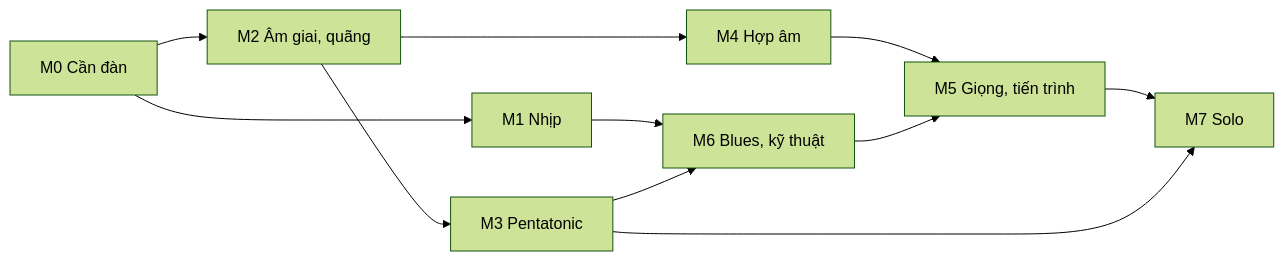
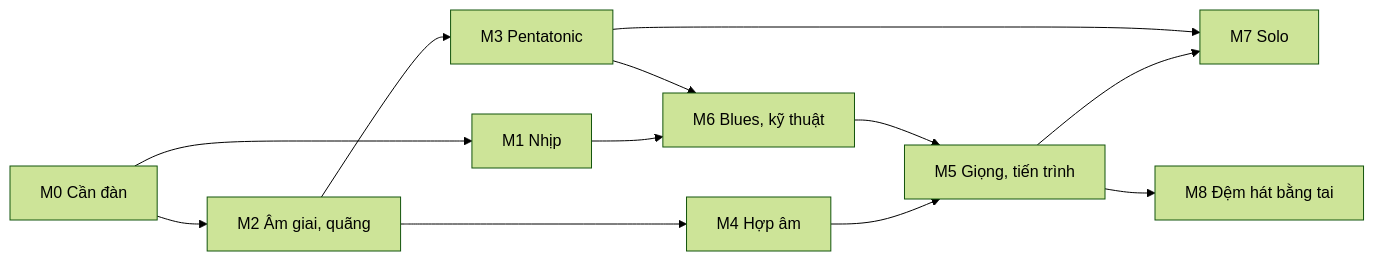
One commit to nguyentamgm/guitarmateur changed the diagram in docs/theory-knowledge/README.md. Above: the diagram before and after it, drawn with Mermaid (forest theme). The commit also changed other lines of this file and 7 other files, not shown here.

````diff
--- a/docs/theory-knowledge/README.md
+++ b/docs/theory-knowledge/README.md
@@ -31,13 +34,14 @@
 ```mermaid
 flowchart LR
   M0["M0 Cần đàn"] --> M1["M1 Nhịp"]
   M0 --> M2["M2 Âm giai, quãng"]
   M2 --> M3["M3 Pentatonic"]
   M1 --> M6["M6 Blues, kỹ thuật"]
   M3 --> M6
   M2 --> M4["M4 Hợp âm"]
   M4 --> M5["M5 Giọng, tiến trình"]
   M6 --> M5
   M5 --> M7["M7 Solo"]
   M3 --> M7
+  M5 --> M8["M8 Đệm hát bằng tai"]
 ```
````
